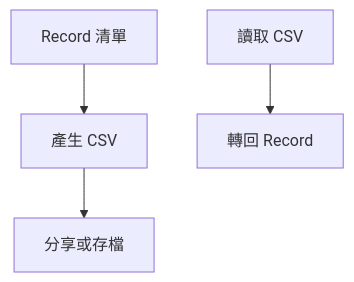
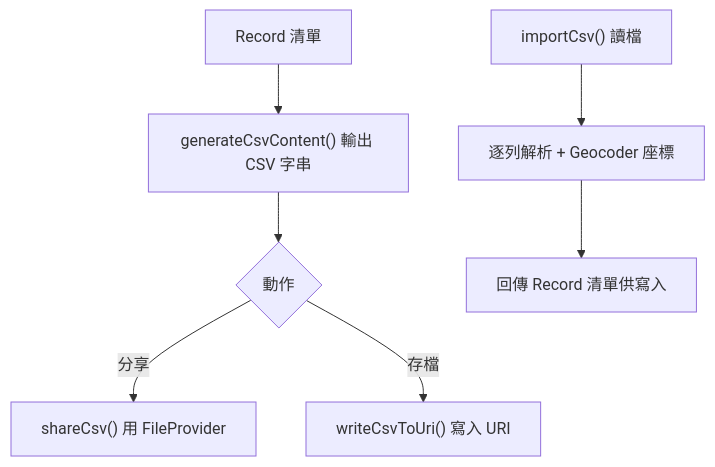
One commit to Dao-you/SimplestBookAndroid changed diagram 18 of 26 in Grading_Criteria.md. Above: the diagram before and after it, drawn with Mermaid. The commit also changed other lines of this file, not shown here.

````diff
--- a/Grading_Criteria.md
+++ b/Grading_Criteria.md
@@ -418,6 +453,9 @@
 ```mermaid
 flowchart TD
-    A[Record 清單] --> B[產生 CSV]
-    B --> C[分享或存檔]
-    D[讀取 CSV] --> E[轉回 Record]
+    A["Record 清單"] --> B["generateCsvContent() 輸出 CSV 字串"]
+    B --> C{"動作"}
+    C -->|"分享"| D["shareCsv() 用 FileProvider"]
+    C -->|"存檔"| E["writeCsvToUri() 寫入 URI"]
+    F["importCsv() 讀檔"] --> G["逐列解析 + Geocoder 座標"]
+    G --> H["回傳 Record 清單供寫入"]
 ```
````
